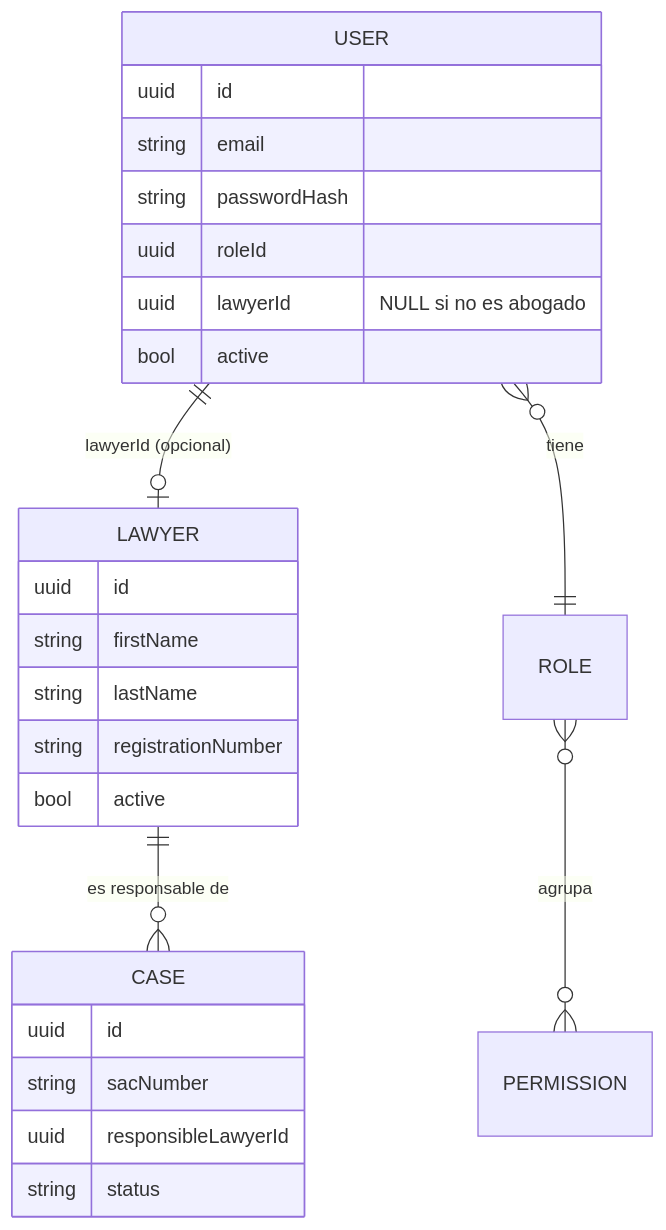
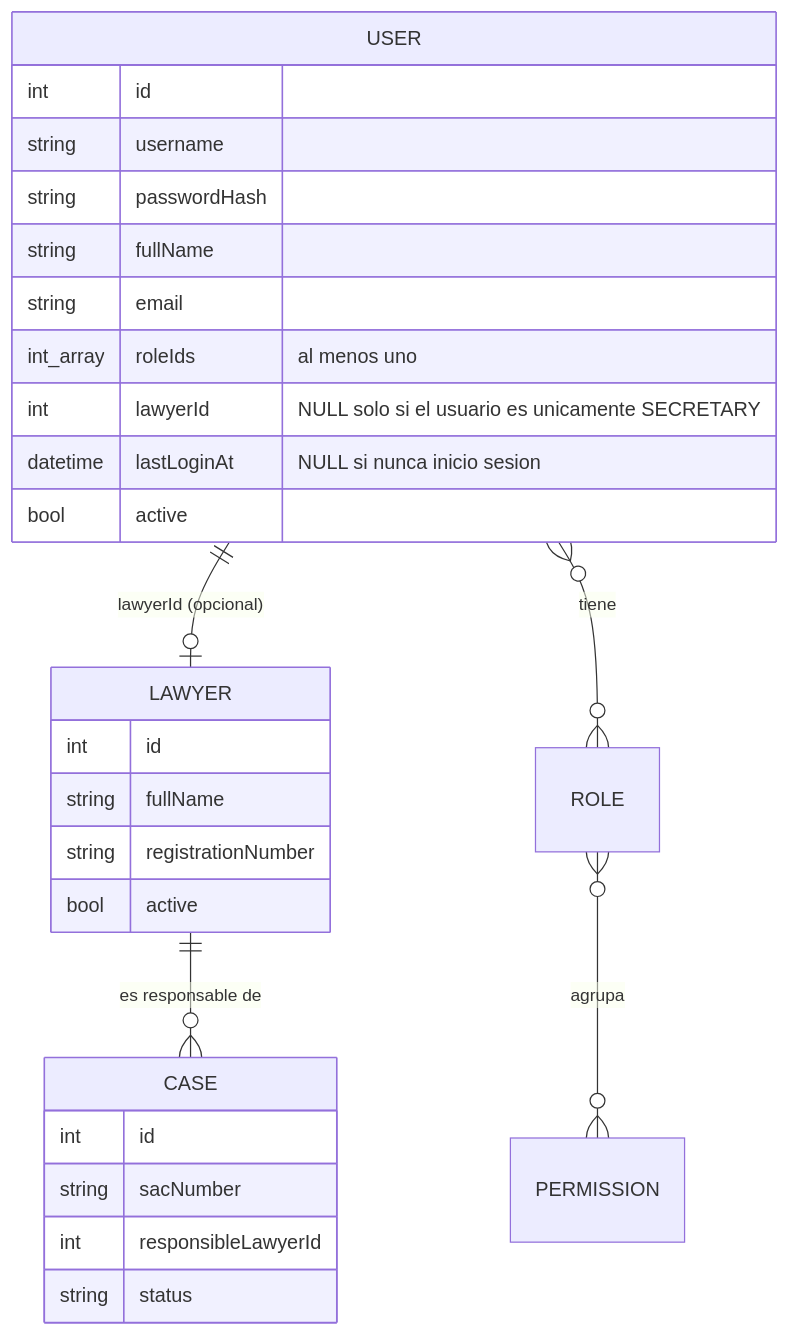
The first of 3 diagrams in docs/Backend-Architecture/MODULO_AUTH.md (ezepurro/vzcausas), drawn with Mermaid before and after one commit. The commit also changed other lines of this file and 3 other files, not shown here.

````diff
--- a/docs/Backend-Architecture/MODULO_AUTH.md
+++ b/docs/Backend-Architecture/MODULO_AUTH.md
@@ -10,29 +10,31 @@
 ```mermaid
 erDiagram
     USER ||--o| LAWYER : "lawyerId (opcional)"
-    USER }o--|| ROLE : "tiene"
+    USER }o--o{ ROLE : "tiene"
     ROLE }o--o{ PERMISSION : "agrupa"
     LAWYER ||--o{ CASE : "es responsable de"
 
     USER {
-        uuid id
+        int id
+        string username
+        string passwordHash
+        string fullName
         string email
-        string passwordHash
-        uuid roleId
-        uuid lawyerId "NULL si no es abogado"
+        int_array roleIds "al menos uno"
+        int lawyerId "NULL solo si el usuario es unicamente SECRETARY"
+        datetime lastLoginAt "NULL si nunca inicio sesion"
         bool active
     }
     LAWYER {
-        uuid id
-        string firstName
-        string lastName
+        int id
+        string fullName
         string registrationNumber
         bool active
     }
     CASE {
-        uuid id
+        int id
         string sacNumber
-        uuid responsibleLawyerId
+        int responsibleLawyerId
         string status
     }
 ```
````
